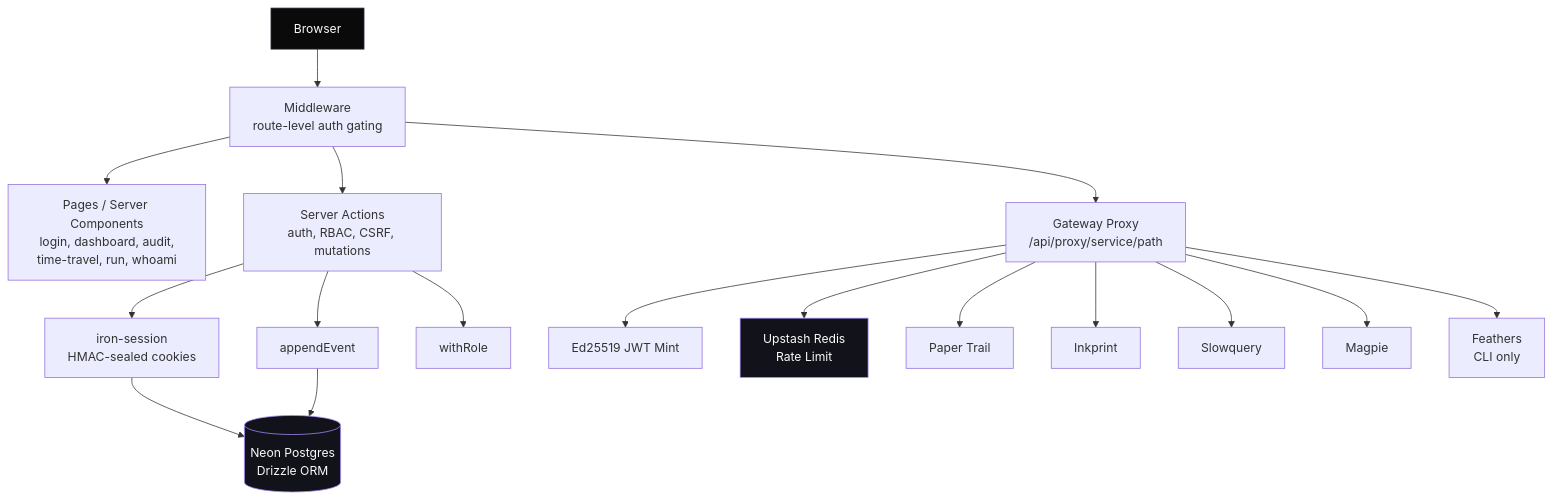
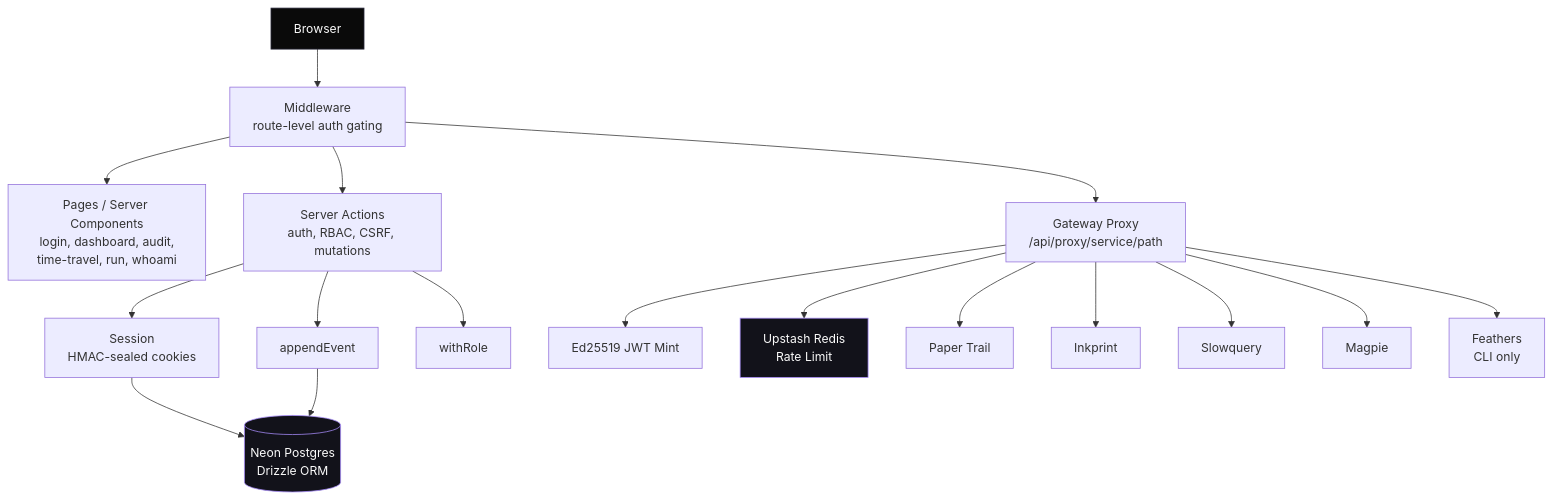
Before and after one commit to Abdul-Muizz1310/bastion: the first of 4 diagrams in docs/ARCHITECTURE.md, drawn with Mermaid. The commit also changed other lines of this file and 6 other files, not shown here.

First line of the commit message:
docs: refresh architecture/spec docs and env example

````diff
--- a/docs/ARCHITECTURE.md
+++ b/docs/ARCHITECTURE.md
@@ -7,27 +7,27 @@
 ```mermaid
 flowchart TD
     Browser[Browser] --> MW[Middleware<br>route-level auth gating]
     MW --> Pages[Pages / Server Components<br>login, dashboard, audit,<br>time-travel, run, whoami]
     MW --> SA[Server Actions<br>auth, RBAC, CSRF, mutations]
     MW --> GW[Gateway Proxy<br>/api/proxy/service/path]
 
-    SA --> Session[iron-session<br>HMAC-sealed cookies]
+    SA --> Session[Session<br>HMAC-sealed cookies]
     SA --> Audit[appendEvent]
     SA --> RBAC[withRole]
 
     Session --> Neon[(Neon Postgres<br>Drizzle ORM)]
     Audit --> Neon
 
     GW --> JWT[Ed25519 JWT Mint]
     GW --> RL[Upstash Redis<br>Rate Limit]
 
     GW --> PT[Paper Trail]
     GW --> IP[Inkprint]
     GW --> SQ[Slowquery]
     GW --> MG[Magpie]
     GW --> FT[Feathers<br>CLI only]
 
     style Browser fill:#0a0a0a,stroke:#2a2a3d,color:#fafafa
     style Neon fill:#12121a,stroke:#a78bfa,color:#fafafa
     style RL fill:#12121a,stroke:#a78bfa,color:#fafafa
 ```
````
